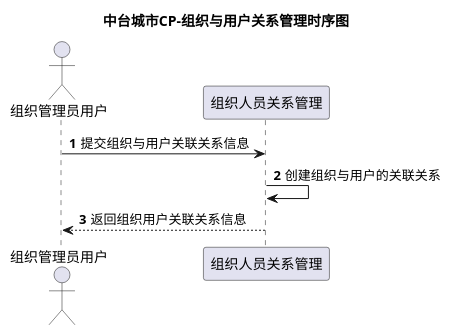
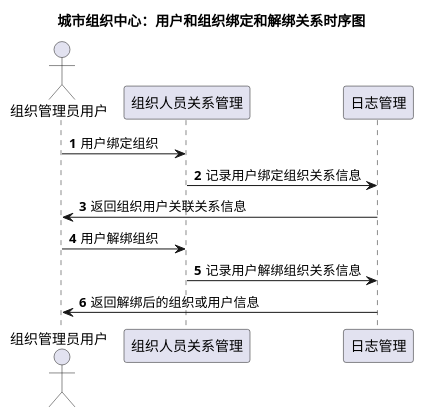
Before and after one commit to liubingfei110/mytest: the diagram in 中台-组织人员管理.puml, drawn with PlantUML. The commit also changed 2 other files, not shown here.

Commit message:
城市组织中心-日志管理调整时序图

```diff
--- a/中台-组织人员管理.puml
+++ b/中台-组织人员管理.puml
@@ -1,11 +1,15 @@
 @startuml
-title 中台城市CP-组织与用户关系管理时序图
+title 城市组织中心：用户和组织绑定和解绑关系时序图
 
 actor 组织管理员用户 as user
 participant "组织人员关系管理" as orgUserAdmin
+participant "日志管理" as LogAdmin
 
 autonumber
-user->orgUserAdmin:提交组织与用户关联关系信息
-orgUserAdmin->orgUserAdmin:创建组织与用户的关联关系
-orgUserAdmin-->user:返回组织用户关联关系信息
+user->orgUserAdmin:用户绑定组织
+orgUserAdmin->LogAdmin:记录用户绑定组织关系信息
+LogAdmin->user:返回组织用户关联关系信息
+user->orgUserAdmin:用户解绑组织
+orgUserAdmin->LogAdmin:记录用户解绑组织关系信息
+LogAdmin->user:返回解绑后的组织或用户信息
 @enduml
```
